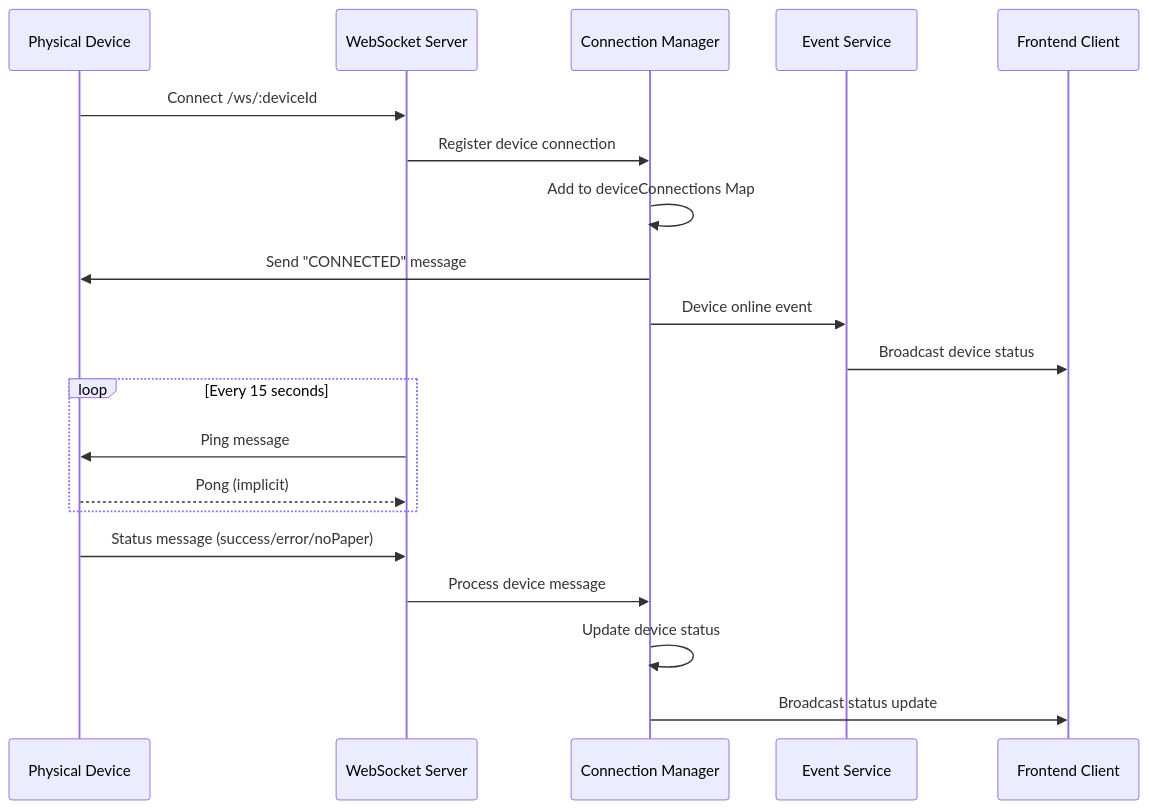
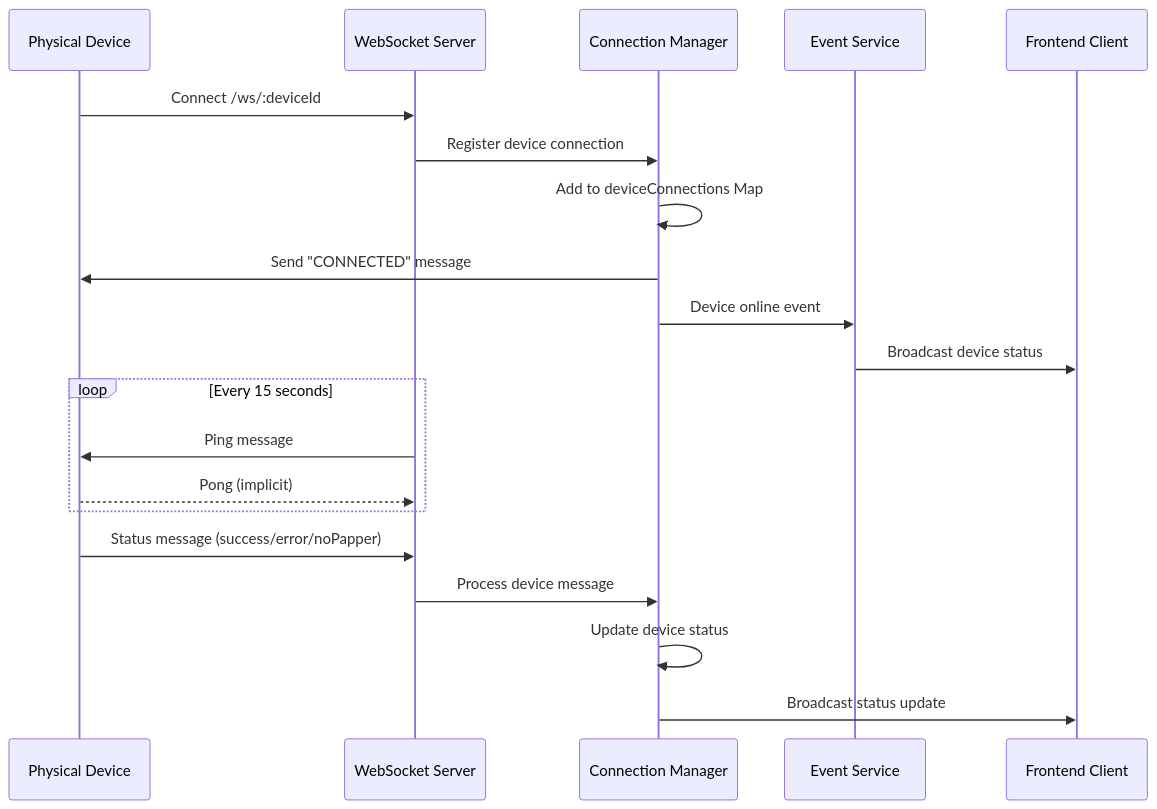
Before and after one commit to valiobar/receipts: the second of 4 diagrams in documentation/ARCHITECTURE.md, drawn with Mermaid. The commit also changed other lines of this file and 17 other files, not shown here.

First line of the commit message:
Correct spelling of 'noPaper' to 'noPapper' across documentation and codebase

````diff
--- a/documentation/ARCHITECTURE.md
+++ b/documentation/ARCHITECTURE.md
@@ -189,25 +189,25 @@
 ```mermaid
 sequenceDiagram
     participant Device as Physical Device
     participant WS as WebSocket Server
     participant ConnMgr as Connection Manager
     participant EventSvc as Event Service
     participant Client as Frontend Client
 
     Device->>WS: Connect /ws/:deviceId
     WS->>ConnMgr: Register device connection
     ConnMgr->>ConnMgr: Add to deviceConnections Map
     ConnMgr->>Device: Send "CONNECTED" message
     ConnMgr->>EventSvc: Device online event
     EventSvc->>Client: Broadcast device status
     
     loop Every 15 seconds
         WS->>Device: Ping message
         Device-->>WS: Pong (implicit)
     end
     
-    Device->>WS: Status message (success/error/noPaper)
+    Device->>WS: Status message (success/error/noPapper)
     WS->>ConnMgr: Process device message
     ConnMgr->>ConnMgr: Update device status
     ConnMgr->>Client: Broadcast status update
 ```
````
